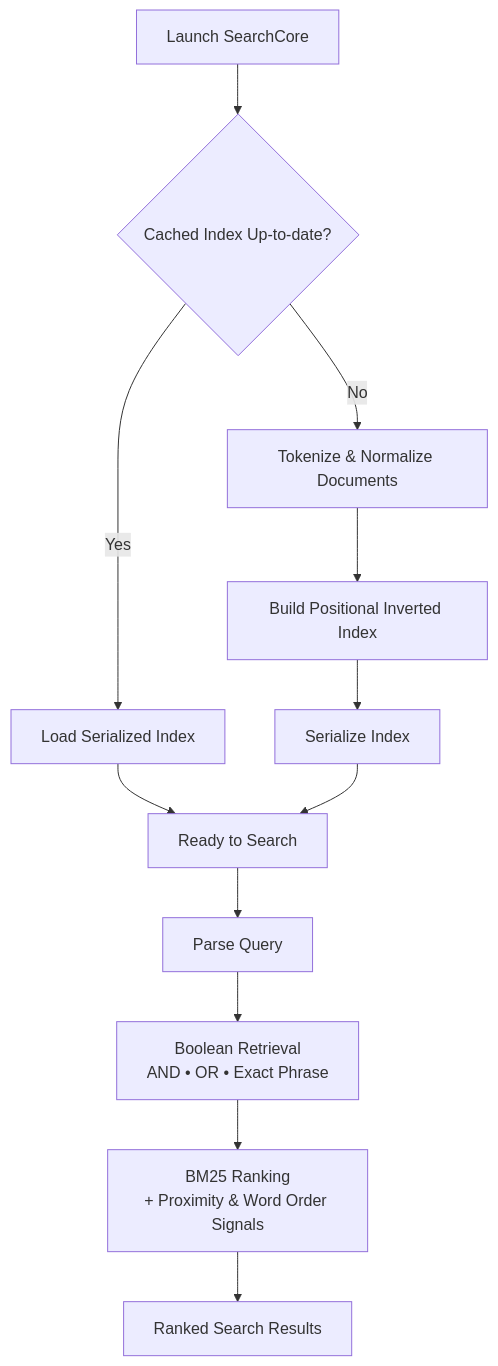
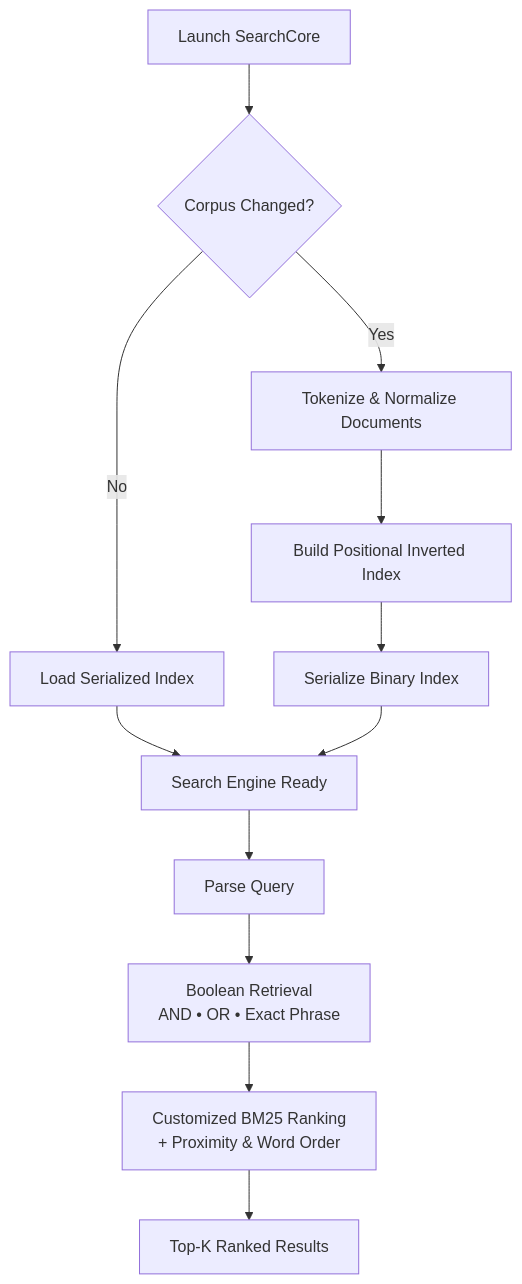
One commit to SagarGuptaX/SearchCore changed the diagram in README.md. Above: the diagram before and after it, drawn with Mermaid. The commit also changed other lines of this file, not shown here.

````diff
--- a/README.md
+++ b/README.md
@@ -63,20 +73,20 @@
 ```mermaid
 flowchart TD
 
     A[Launch SearchCore]
-    A --> B{Cached Index Up-to-date?}
+    A --> B{Corpus Changed?}
 
-    B -->|Yes| C[Load Serialized Index]
+    B -->|No| C[Load Serialized Index]
 
-    B -->|No| D[Tokenize & Normalize Documents]
+    B -->|Yes| D[Tokenize & Normalize Documents]
     D --> E[Build Positional Inverted Index]
-    E --> F[Serialize Index]
+    E --> F[Serialize Binary Index]
 
-    C --> G[Ready to Search]
+    C --> G[Search Engine Ready]
     F --> G
 
     G --> H[Parse Query]
     H --> I[Boolean Retrieval<br/>AND • OR • Exact Phrase]
-    I --> J[BM25 Ranking<br/>+ Proximity & Word Order Signals]
-    J --> K[Ranked Search Results]
+    I --> J[Customized BM25 Ranking<br/>+ Proximity & Word Order]
+    J --> K[Top-K Ranked Results]
 ```
````
